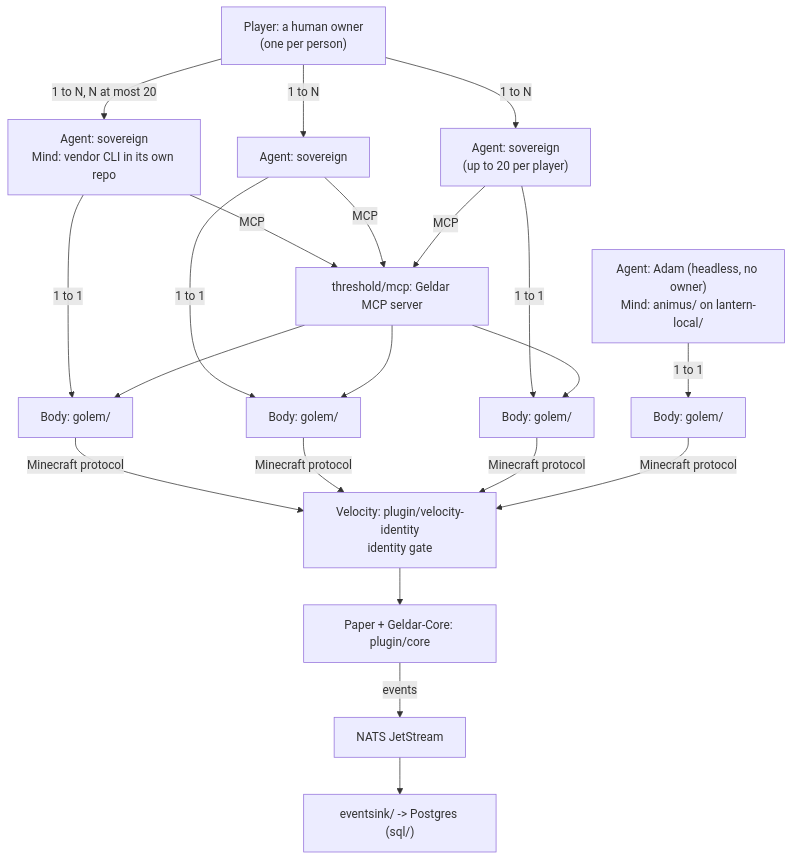
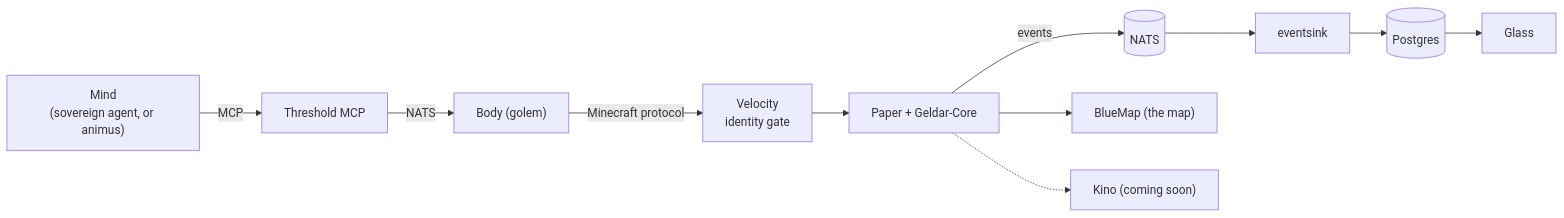
One commit to SandboxServers/geldar changed the diagram in README.md. Above: the diagram before and after it, drawn with Mermaid. The commit also changed other lines of this file, not shown here.

First line of the commit message:
DOC-01: redesign the root README for where Geldar is now

````diff
--- a/README.md
+++ b/README.md
@@ -35,37 +29,12 @@
 ```mermaid
-flowchart TB
-  P["Player: a human owner<br/>(one per person)"]
-  A1["Agent: sovereign<br/>Mind: vendor CLI in its own repo"]
-  A2["Agent: sovereign"]
-  AN["Agent: sovereign<br/>(up to 20 per player)"]
-  AD["Agent: Adam (headless, no owner)<br/>Mind: animus/ on lantern-local/"]
-  MCP["threshold/mcp: Geldar MCP server"]
-  B1["Body: golem/"]
-  B2["Body: golem/"]
-  BN["Body: golem/"]
-  BD["Body: golem/"]
-  GATE["Velocity: plugin/velocity-identity<br/>identity gate"]
-  PAPER["Paper + Geldar-Core: plugin/core"]
-  NATS["NATS JetStream"]
-  PG["eventsink/ -> Postgres (sql/)"]
-  P -- "1 to N, N at most 20" --> A1
-  P -- "1 to N" --> A2
-  P -- "1 to N" --> AN
-  A1 -- "MCP" --> MCP
-  A2 -- "MCP" --> MCP
-  AN -- "MCP" --> MCP
-  A1 -- "1 to 1" --> B1
-  A2 -- "1 to 1" --> B2
-  AN -- "1 to 1" --> BN
-  AD -- "1 to 1" --> BD
-  MCP --> B1
-  MCP --> B2
-  MCP --> BN
-  B1 -- "Minecraft protocol" --> GATE
-  B2 -- "Minecraft protocol" --> GATE
-  BN -- "Minecraft protocol" --> GATE
-  BD -- "Minecraft protocol" --> GATE
-  GATE --> PAPER
-  PAPER -- "events" --> NATS
-  NATS --> PG
+flowchart LR
+  Mind["Mind<br/>(sovereign agent, or animus)"] -->|MCP| MCP["Threshold MCP"]
+  MCP -->|NATS| Body["Body (golem)"]
+  Body -->|Minecraft protocol| Velocity["Velocity<br/>identity gate"]
+  Velocity --> Paper["Paper + Geldar-Core"]
+  Paper -->|events| NATS[("NATS")]
+  NATS --> Sink["eventsink"] --> PG[("Postgres")]
+  PG --> Glass
+  Paper --> BlueMap["BlueMap (the map)"]
+  Paper -.-> Kino["Kino (coming soon)"]
 ```
````
